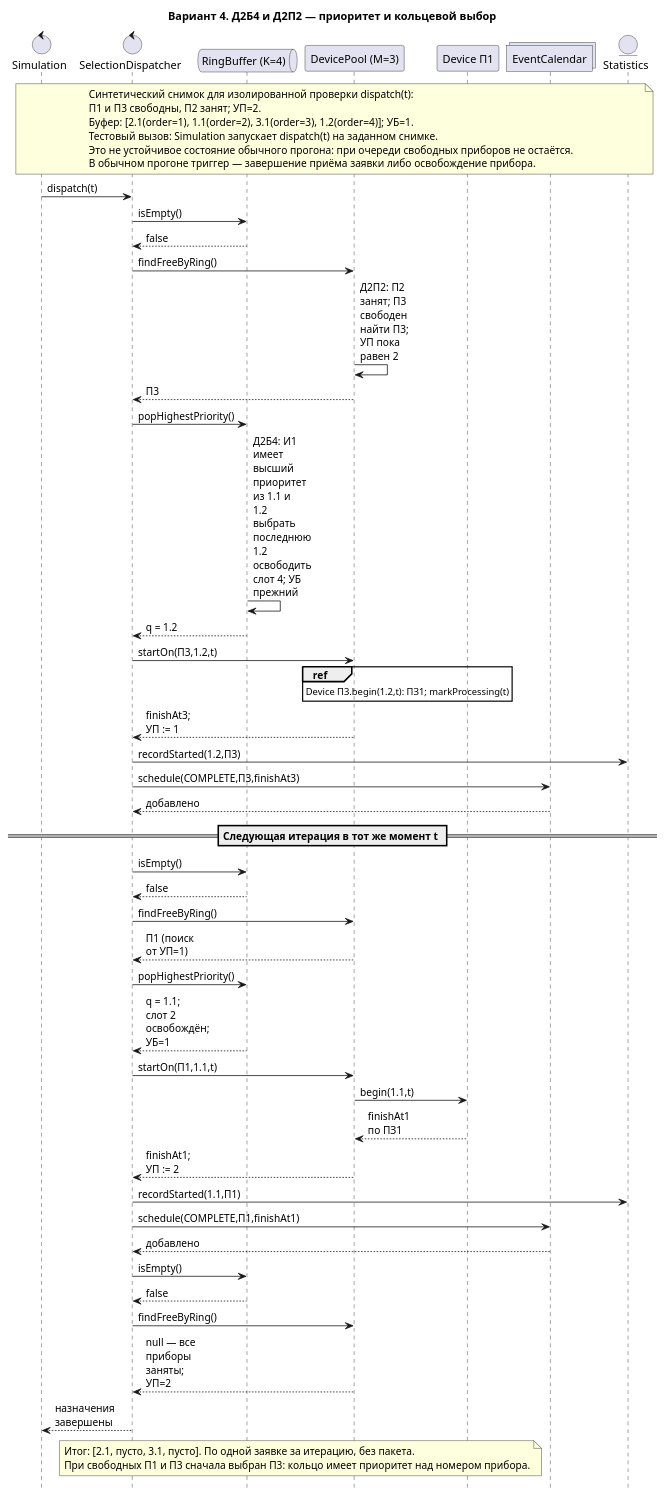
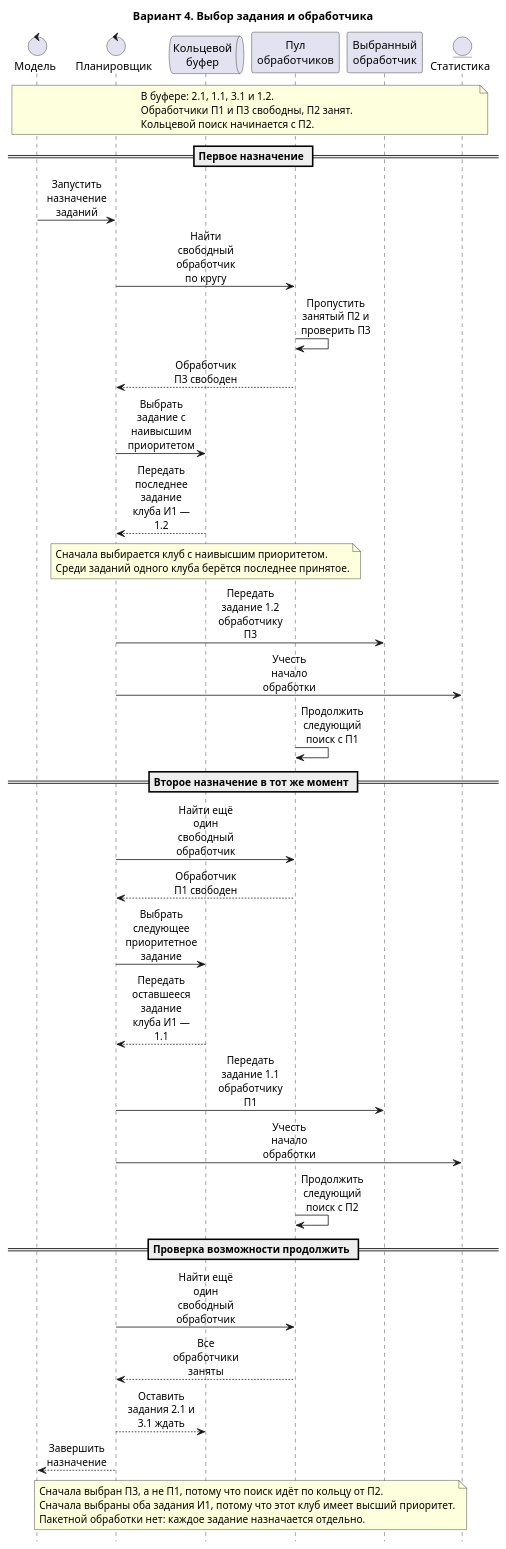
Before and after one commit to HorekProgrammer/smo-variant-4: the diagram in docs/diagrams/sequence-selection.puml, drawn with PlantUML. The commit also changed 11 other files, not shown here.

Commit message:
Simplify sequence diagrams

```diff
--- a/docs/diagrams/sequence-selection.puml
+++ b/docs/diagrams/sequence-selection.puml
@@ -1,56 +1,61 @@
 @startuml
-title Вариант 4. Д2Б4 и Д2П2 — приоритет и кольцевой выбор
+title Вариант 4. Выбор задания и обработчика
 hide footbox
 skinparam defaultFontName Arial
-skinparam maxMessageSize 65
-control "Simulation" as Sim
-control "SelectionDispatcher" as Sel
-queue "RingBuffer (K=4)" as Buf
-participant "DevicePool (M=3)" as Pool
-participant "Device П1" as Dev
-collections "EventCalendar" as Cal
-entity "Statistics" as Stat
+skinparam sequenceMessageAlign center
+skinparam maxMessageSize 90
+
+control "Модель" as Sim
+control "Планировщик" as Sel
+queue "Кольцевой\nбуфер" as Buf
+participant "Пул\nобработчиков" as Pool
+participant "Выбранный\nобработчик" as Dev
+entity "Статистика" as Stat
+
 note over Sim, Stat
-Синтетический снимок для изолированной проверки dispatch(t):
-П1 и П3 свободны, П2 занят; УП=2.
-Буфер: [2.1(order=1), 1.1(order=2), 3.1(order=3), 1.2(order=4)]; УБ=1.
-Тестовый вызов: Simulation запускает dispatch(t) на заданном снимке.
-Это не устойчивое состояние обычного прогона: при очереди свободных приборов не остаётся.
-В обычном прогоне триггер — завершение приёма заявки либо освобождение прибора.
+В буфере: 2.1, 1.1, 3.1 и 1.2.
+Обработчики П1 и П3 свободны, П2 занят.
+Кольцевой поиск начинается с П2.
 end note
-Sim -> Sel: dispatch(t)
-Sel -> Buf: isEmpty()
-Buf --> Sel: false
-Sel -> Pool: findFreeByRing()
-Pool -> Pool: Д2П2: П2 занят; П3 свободен\nнайти П3; УП пока равен 2
-Pool --> Sel: П3
-Sel -> Buf: popHighestPriority()
-Buf -> Buf: Д2Б4: И1 имеет высший приоритет\nиз 1.1 и 1.2 выбрать последнюю 1.2\nосвободить слот 4; УБ прежний
-Buf --> Sel: q = 1.2
-Sel -> Pool: startOn(П3,1.2,t)
-ref over Pool: Device П3.begin(1.2,t): ПЗ1; markProcessing(t)
-Pool --> Sel: finishAt3; УП := 1
-Sel -> Stat: recordStarted(1.2,П3)
-Sel -> Cal: schedule(COMPLETE,П3,finishAt3)
-Cal --> Sel: добавлено
-== Следующая итерация в тот же момент t ==
-Sel -> Buf: isEmpty()
-Buf --> Sel: false
-Sel -> Pool: findFreeByRing()
-Pool --> Sel: П1 (поиск от УП=1)
-Sel -> Buf: popHighestPriority()
-Buf --> Sel: q = 1.1; слот 2 освобождён; УБ=1
-Sel -> Pool: startOn(П1,1.1,t)
-Pool -> Dev: begin(1.1,t)
-Dev --> Pool: finishAt1 по ПЗ1
-Pool --> Sel: finishAt1; УП := 2
-Sel -> Stat: recordStarted(1.1,П1)
-Sel -> Cal: schedule(COMPLETE,П1,finishAt1)
-Cal --> Sel: добавлено
-Sel -> Buf: isEmpty()
-Buf --> Sel: false
-Sel -> Pool: findFreeByRing()
-Pool --> Sel: null — все приборы заняты; УП=2
-Sel --> Sim: назначения завершены
-note over Buf, Pool: Итог: [2.1, пусто, 3.1, пусто]. По одной заявке за итерацию, без пакета.\nПри свободных П1 и П3 сначала выбран П3: кольцо имеет приоритет над номером прибора.
+
+== Первое назначение ==
+
+Sim -> Sel: Запустить назначение заданий
+Sel -> Pool: Найти свободный обработчик по кругу
+Pool -> Pool: Пропустить занятый П2 и проверить П3
+Pool --> Sel: Обработчик П3 свободен
+Sel -> Buf: Выбрать задание с наивысшим приоритетом
+Buf --> Sel: Передать последнее задание клуба И1 — 1.2
+
+note over Buf
+  Сначала выбирается клуб с наивысшим приоритетом.
+  Среди заданий одного клуба берётся последнее принятое.
+end note
+
+Sel -> Dev: Передать задание 1.2 обработчику П3
+Sel -> Stat: Учесть начало обработки
+Pool -> Pool: Продолжить следующий поиск с П1
+
+== Второе назначение в тот же момент ==
+
+Sel -> Pool: Найти ещё один свободный обработчик
+Pool --> Sel: Обработчик П1 свободен
+Sel -> Buf: Выбрать следующее приоритетное задание
+Buf --> Sel: Передать оставшееся задание клуба И1 — 1.1
+Sel -> Dev: Передать задание 1.1 обработчику П1
+Sel -> Stat: Учесть начало обработки
+Pool -> Pool: Продолжить следующий поиск с П2
+
+== Проверка возможности продолжить ==
+
+Sel -> Pool: Найти ещё один свободный обработчик
+Pool --> Sel: Все обработчики заняты
+Sel --> Buf: Оставить задания 2.1 и 3.1 ждать
+Sel --> Sim: Завершить назначение
+
+note over Buf, Pool
+Сначала выбран П3, а не П1, потому что поиск идёт по кольцу от П2.
+Сначала выбраны оба задания И1, потому что этот клуб имеет высший приоритет.
+Пакетной обработки нет: каждое задание назначается отдельно.
+end note
 @enduml
```
